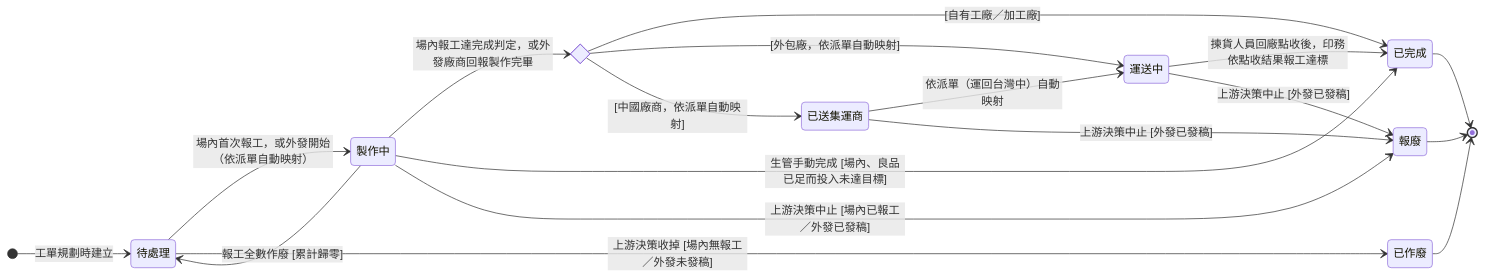
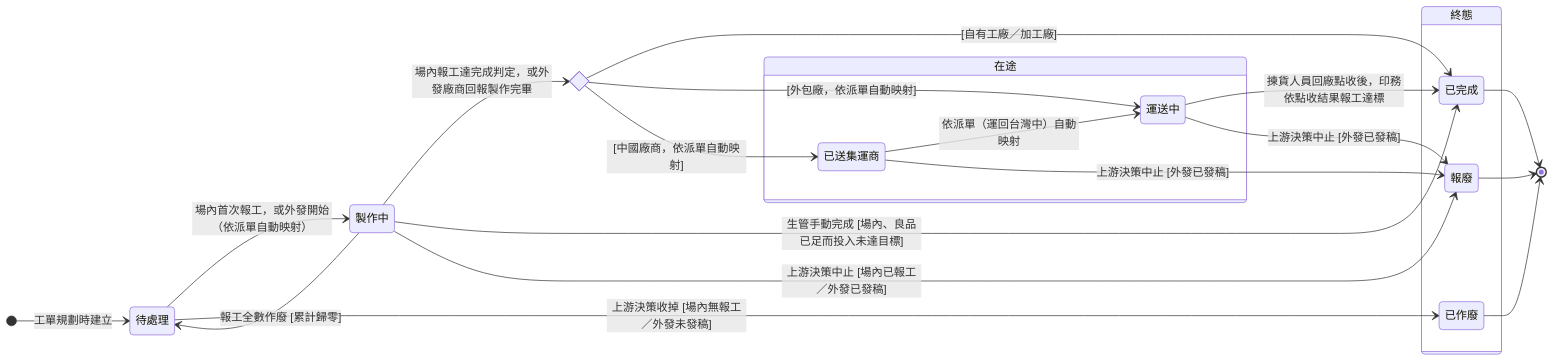
The diagram in memory/Sens_wiki/wiki/erp/06-state-machines/生產任務狀態.md (Kawato-Miles/erp-spec), drawn with Mermaid before and after one commit. The commit also changed other lines of this file and 80 other files, not shown here.

````diff
--- a/memory/Sens_wiki/wiki/erp/06-state-machines/生產任務狀態.md
+++ b/memory/Sens_wiki/wiki/erp/06-state-machines/生產任務狀態.md
@@ -49,35 +51,42 @@
 ```mermaid
 stateDiagram-v2
     direction LR
 
     [*] --> s_pending : 工單規劃時建立
 
     state "待處理" as s_pending
     state "製作中" as s_making
-    state "已送集運商" as s_consolidator
-    state "運送中" as s_shipping
-    state "已完成" as s_done
-    state "已作廢" as s_void
-    state "報廢" as s_scrap
     state route <<choice>>
+
+    state "在途" as Transit {
+        direction LR
+        state "已送集運商" as s_consolidator
+        state "運送中" as s_shipping
+        s_consolidator --> s_shipping : 依派單（運回台灣中）自動映射
+    }
+
+    state "終態" as Final {
+        state "已完成" as s_done
+        state "已作廢" as s_void
+        state "報廢" as s_scrap
+    }
 
     s_pending --> s_making : 場內首次報工，或外發開始（依派單自動映射）
     s_making --> route : 場內報工達完成判定，或外發廠商回報製作完畢
     route --> s_done : [自有工廠／加工廠]
     route --> s_shipping : [外包廠，依派單自動映射]
     route --> s_consolidator : [中國廠商，依派單自動映射]
-    s_consolidator --> s_shipping : 依派單（運回台灣中）自動映射
     s_shipping --> s_done : 揀貨人員回廠點收後，印務依點收結果報工達標
     s_making --> s_done : 生管手動完成 [場內、良品已足而投入未達目標]
 
     s_making --> s_pending : 報工全數作廢 [累計歸零]
 
     s_pending --> s_void : 上游決策收掉 [場內無報工／外發未發稿]
     s_making --> s_scrap : 上游決策中止 [場內已報工／外發已發稿]
     s_consolidator --> s_scrap : 上游決策中止 [外發已發稿]
     s_shipping --> s_scrap : 上游決策中止 [外發已發稿]
 
     s_done --> [*]
     s_void --> [*]
     s_scrap --> [*]
 ```
````
